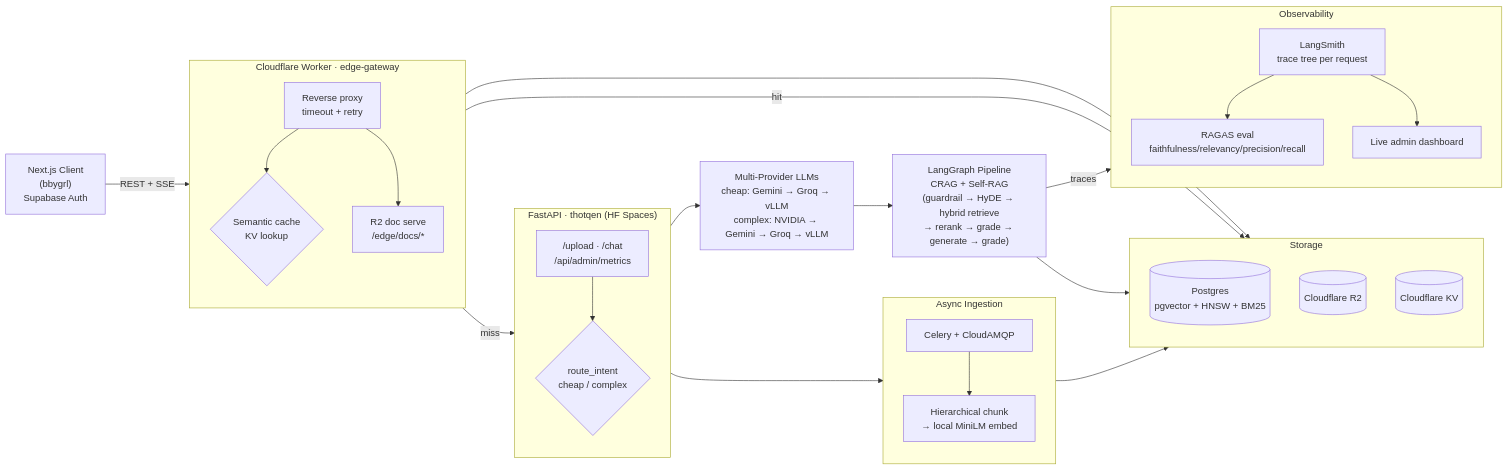
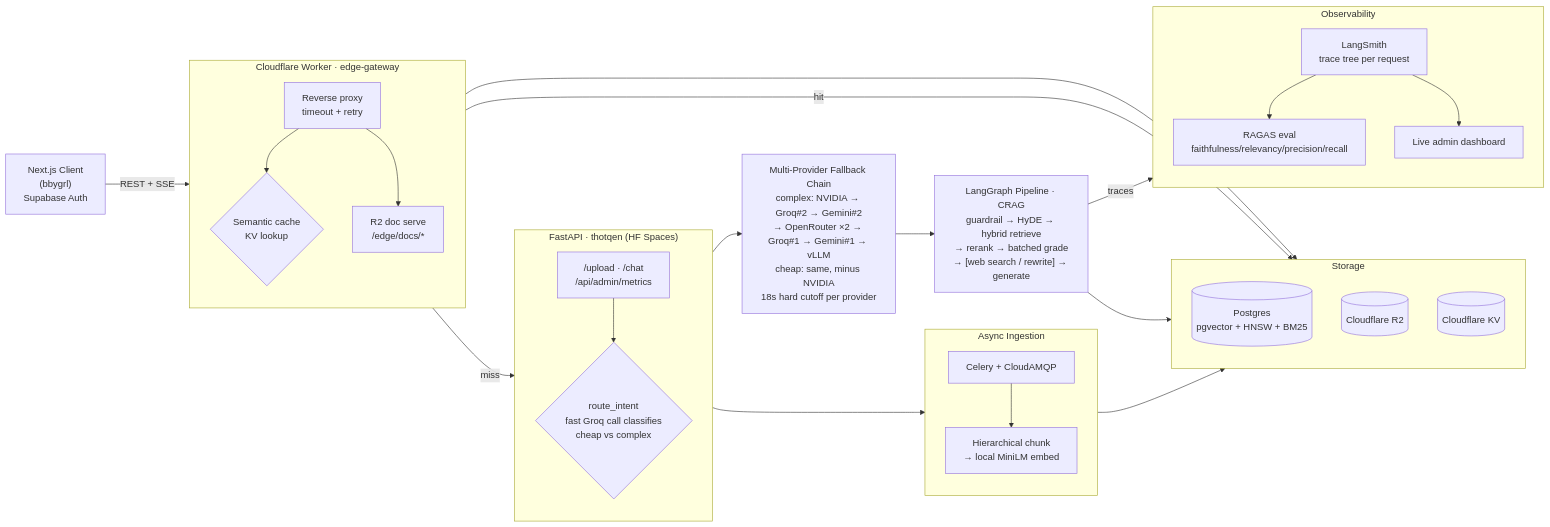
The first of 2 diagrams in ARCHITECTURE.md (AyushGurung18/agentic-ai), drawn with Mermaid before and after one commit. The commit also changed other lines of this file and 3 other files, not shown here.

First line of the commit message:
Update architecture docs and diagrams to match the current pipeline

````diff
--- a/ARCHITECTURE.md
+++ b/ARCHITECTURE.md
@@ -16,58 +16,58 @@
 ```mermaid
 flowchart LR
     UI["Next.js Client\n(bbygrl)\nSupabase Auth"]
 
     subgraph Edge["Cloudflare Worker · edge-gateway"]
         direction TB
         Proxy["Reverse proxy\ntimeout + retry"]
         CacheCheck{"Semantic cache\nKV lookup"}
         DocServe["R2 doc serve\n/edge/docs/*"]
     end
 
     subgraph API["FastAPI · thotqen (HF Spaces)"]
         direction TB
         Endpoints["/upload · /chat\n/api/admin/metrics"]
-        Intent{"route_intent\ncheap / complex"}
+        Intent{"route_intent\nfast Groq call classifies\ncheap vs complex"}
     end
 
     subgraph Async["Async Ingestion"]
         direction TB
         Celery["Celery + CloudAMQP"]
         Chunk["Hierarchical chunk\n→ local MiniLM embed"]
     end
 
-    LLMs["Multi-Provider LLMs\ncheap: Gemini → Groq → vLLM\ncomplex: NVIDIA → Gemini → Groq → vLLM"]
+    LLMs["Multi-Provider Fallback Chain\ncomplex: NVIDIA → Groq#2 → Gemini#2\n→ OpenRouter ×2 → Groq#1 → Gemini#1 → vLLM\ncheap: same, minus NVIDIA\n18s hard cutoff per provider"]
 
-    RAG["LangGraph Pipeline\nCRAG + Self-RAG\n(guardrail → HyDE → hybrid retrieve\n→ rerank → grade → generate → grade)"]
+    RAG["LangGraph Pipeline · CRAG\nguardrail → HyDE → hybrid retrieve\n→ rerank → batched grade\n→ [web search / rewrite] → generate"]
 
     subgraph Store["Storage"]
         direction TB
         PG[("Postgres\npgvector + HNSW + BM25")]
         R2[("Cloudflare R2")]
         KV[("Cloudflare KV")]
     end
 
     subgraph Obs["Observability"]
         direction TB
         LS["LangSmith\ntrace tree per request"]
         RAGAS["RAGAS eval\nfaithfulness/relevancy/precision/recall"]
         Dash["Live admin dashboard"]
     end
 
     UI -- "REST + SSE" --> Proxy
     Proxy --> CacheCheck
     Proxy --> DocServe
     CacheCheck -- miss --> Endpoints
     Endpoints --> Intent
     Endpoints --> Celery
     Intent --> LLMs
     LLMs --> RAG
     Celery --> Chunk
     Chunk --> PG
     RAG --> PG
     RAG -- traces --> LS
     DocServe --> R2
     CacheCheck -- hit --> KV
     LS --> RAGAS
     LS --> Dash
 ```
````
